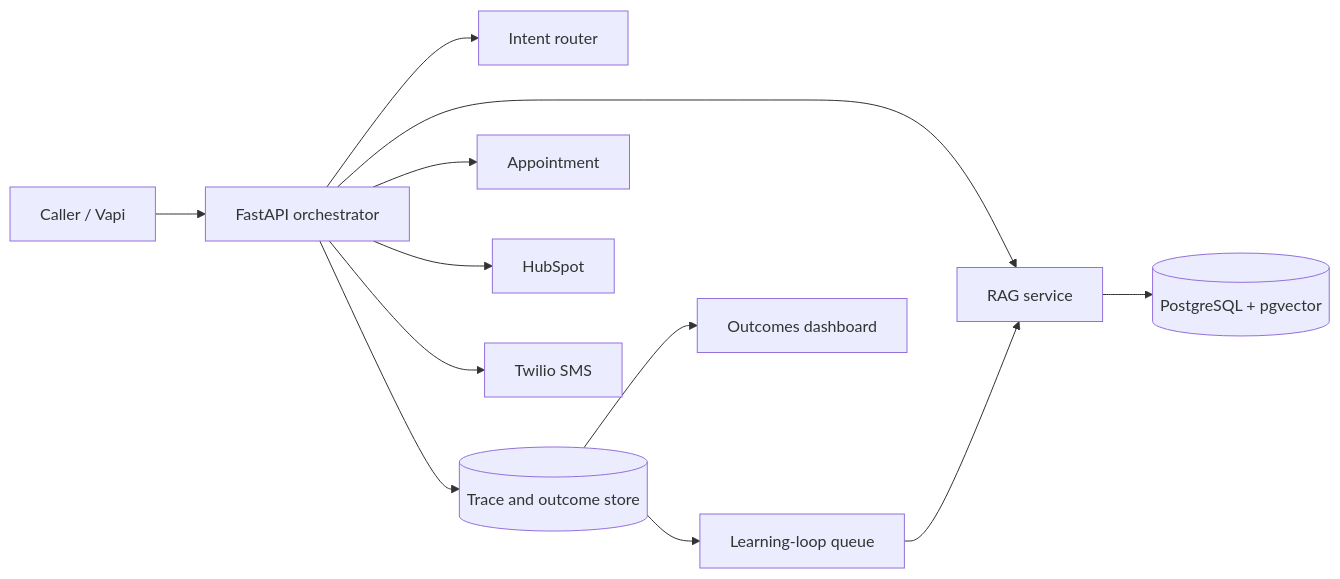
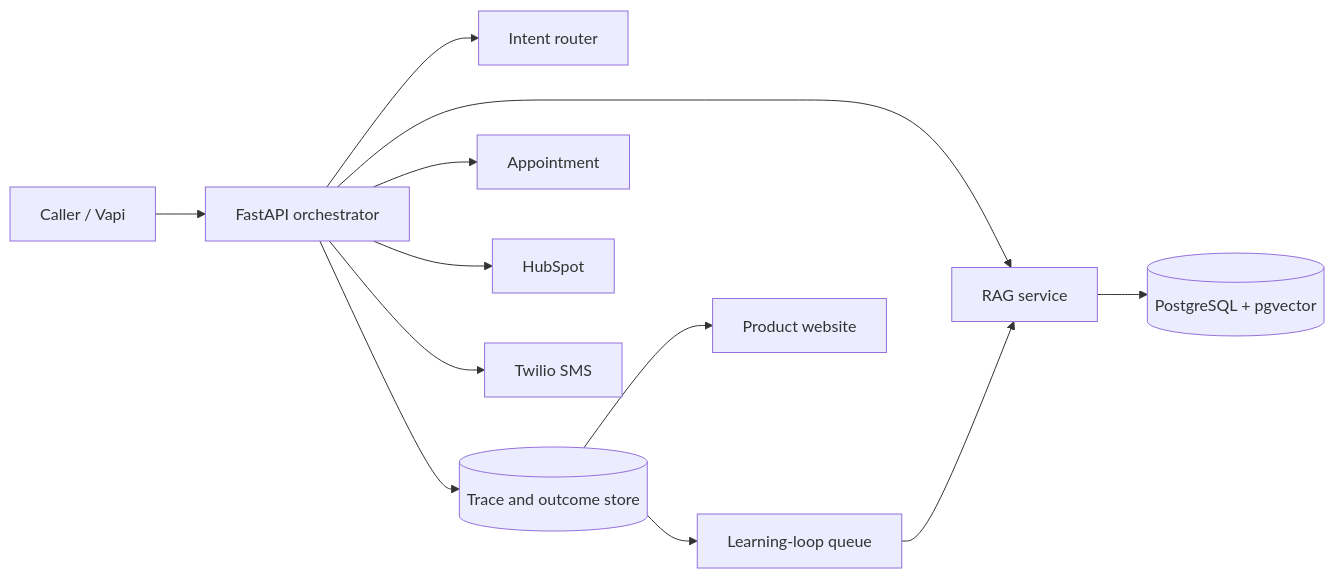
Before and after one commit to raamnandhakumar-eng/callflow-recovery: the diagram in README.md, drawn with Mermaid. The commit also changed other lines of this file, not shown here.

Commit message:
Document product website

````diff
--- a/README.md
+++ b/README.md
@@ -30,14 +43,14 @@
 ```mermaid
 flowchart LR
     A[Caller / Vapi] --> B[FastAPI orchestrator]
     B --> C[Intent router]
     B --> D[RAG service]
     D --> E[(PostgreSQL + pgvector)]
     B --> F[Appointment]
     B --> G[HubSpot]
     B --> H[Twilio SMS]
     B --> I[(Trace and outcome store)]
-    I --> J[Outcomes dashboard]
+    I --> J[Product website]
     I --> K[Learning-loop queue]
     K --> D
 ```
````
